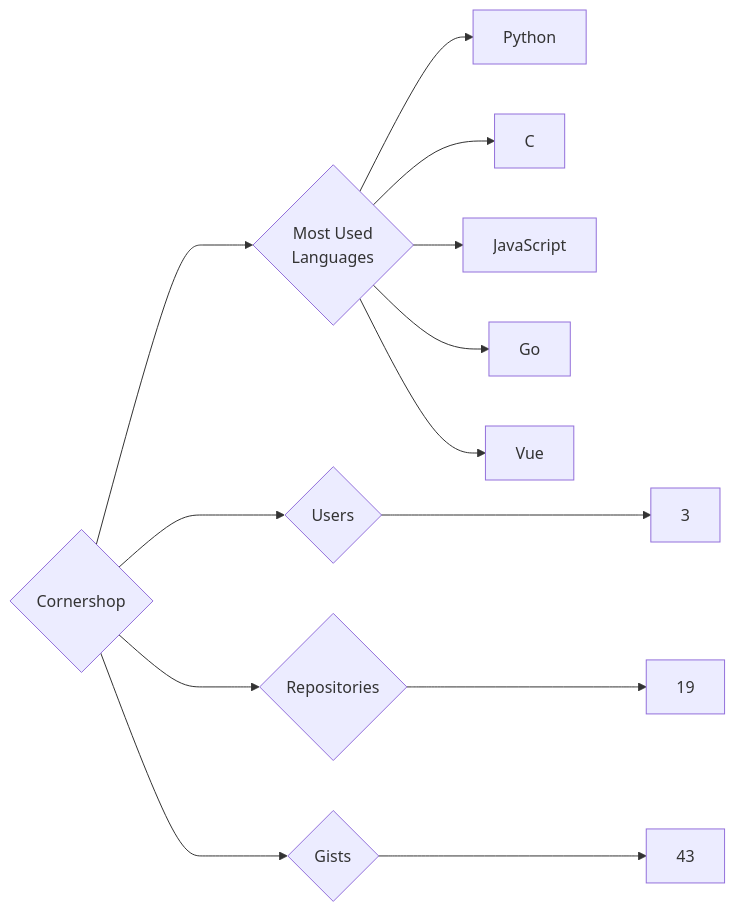
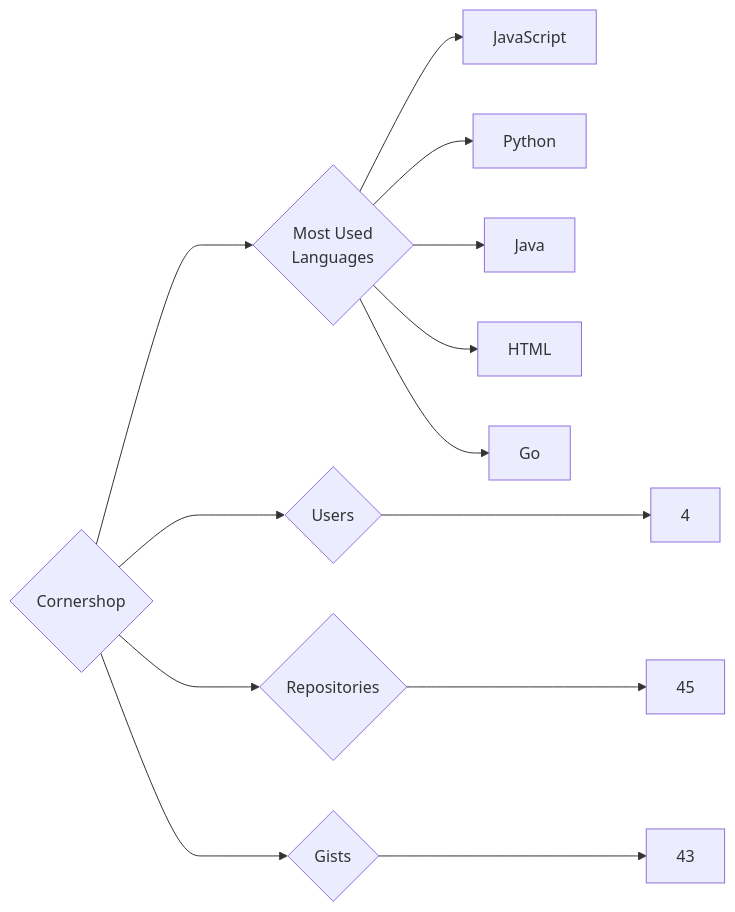
Before and after one commit to trickest/insiders: the diagram in targets/Cornershop/README.md, drawn with Mermaid. The commit also changed 1084 other files, not shown here.

````diff
--- a/targets/Cornershop/README.md
+++ b/targets/Cornershop/README.md
@@ -3,13 +3,13 @@
 ```mermaid
 graph LR
 COMPANY_NAME{Cornershop}
-COMPANY_NAME ---> U{Users} ---> UN[3]
-COMPANY_NAME ---> R{Repositories} ---> RN[19]
+COMPANY_NAME ---> U{Users} ---> UN[4]
+COMPANY_NAME ---> R{Repositories} ---> RN[45]
 COMPANY_NAME ---> G{Gists} ---> GN[43]
 COMPANY_NAME ---> ML{Most Used<br>Languages}
+ML --> JavaScript[JavaScript]
 ML --> Python[Python]
-ML --> C[C]
-ML --> JavaScript[JavaScript]
+ML --> Java[Java]
+ML --> HTML[HTML]
 ML --> Go[Go]
-ML --> Vue[Vue]
 ```
````
